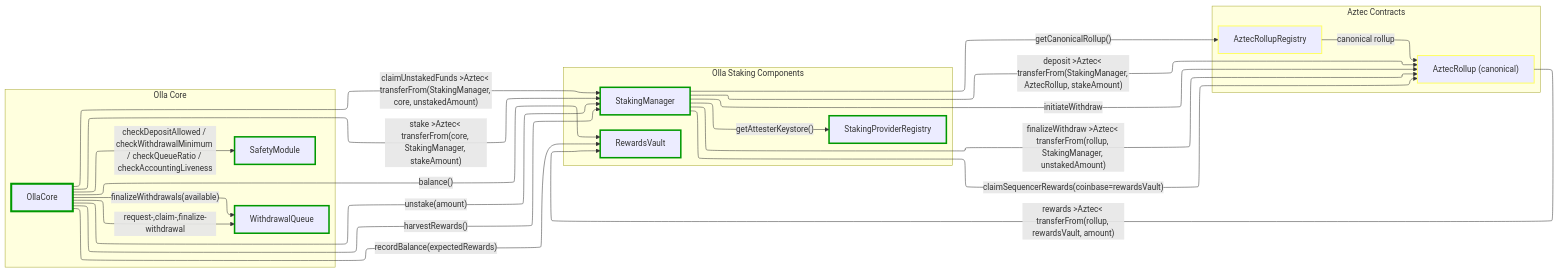
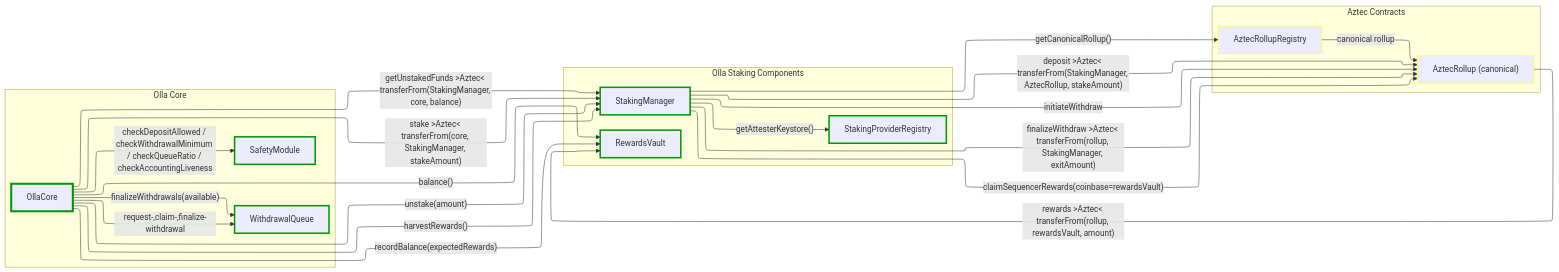
One commit to ollafinance/core changed the second of 8 diagrams in docs/overview.md. Above: the diagram before and after it, drawn with Mermaid. The commit also changed other lines of this file and 54 other files, not shown here.

First line of the commit message:
fix: make rebalance, accounting, and staking manager functions permissionless (#300)

````diff
--- a/docs/overview.md
+++ b/docs/overview.md
@@ -134,64 +137,66 @@
 ```mermaid
 ---
 config:
   layout: elk
 ---
 flowchart LR
 
 subgraph "Olla Core"
     core[OllaCore]
     safety[SafetyModule]
     withdrawQ[WithdrawalQueue]
 end
 
 subgraph "Olla Staking Components"
     rewards[RewardsVault]
     stkMan[StakingManager]
     spr[StakingProviderRegistry]
 end
 
 subgraph "Aztec Contracts"
     rollupRegistry[AztecRollupRegistry]
     rollup["AztecRollup (canonical)"]
 end
 
 %% OllaCore <-> WithdrawalQueue
 core -->|"request-,claim-,finalize-withdrawal"| withdrawQ
 
 %% OllaCore <-> SafetyModule
 core -->|"checkDepositAllowed / checkWithdrawalMinimum / checkQueueRatio / checkAccountingLiveness"| safety
 
 %% Staking: stake flow
 core -->|"stake >Aztec< transferFrom(core, StakingManager, stakeAmount)"| stkMan
 stkMan -->|"getAttesterKeystore()"| spr
 stkMan -->|"deposit >Aztec< transferFrom(StakingManager, AztecRollup, stakeAmount)"| rollup
 
 %% Staking: unstake flow
 core -->|"unstake(amount)"| stkMan
 stkMan -->|"initiateWithdraw"| rollup
 
-%% Staking: claim unstaked funds
-core -->|"claimUnstakedFunds >Aztec< transferFrom(StakingManager, core, unstakedAmount)"| stkMan
-stkMan -->|"finalizeWithdraw >Aztec< transferFrom(rollup, StakingManager, unstakedAmount)"| rollup
+%% Finalize exits (permissionless, separate from rebalance)
+stkMan -->|"finalizeWithdraw >Aztec< transferFrom(rollup, StakingManager, exitAmount)"| rollup
+
+%% Sweep unstaked funds during rebalance
+core -->|"getUnstakedFunds >Aztec< transferFrom(StakingManager, core, balance)"| stkMan
 
 %% Rewards harvesting
 core -->|"harvestRewards()"| stkMan
 stkMan -->|"getCanonicalRollup()"| rollupRegistry
 rollupRegistry -->|"canonical rollup"| rollup
 stkMan -->|"claimSequencerRewards(coinbase=rewardsVault)"| rollup
 rollup -->|"rewards >Aztec< transferFrom(rollup, rewardsVault, amount)"| rewards
 core -->|"recordBalance(expectedRewards)"| rewards
 core -->|"balance()"| rewards
 
 %% Finalize withdrawals
 core -->|"finalizeWithdrawals(available)"| withdrawQ
 
 style core stroke:#090,stroke-width:4px
 style safety stroke:#090,stroke-width:3px
 style rewards stroke:#090,stroke-width:3px
 style stkMan stroke:#090,stroke-width:3px
 style spr stroke:#090,stroke-width:3px
 style withdrawQ stroke:#090,stroke-width:3px
 style rollup stroke:#ff6,stroke-width:2px
 style rollupRegistry stroke:#ff6,stroke-width:2px
 ```
````
